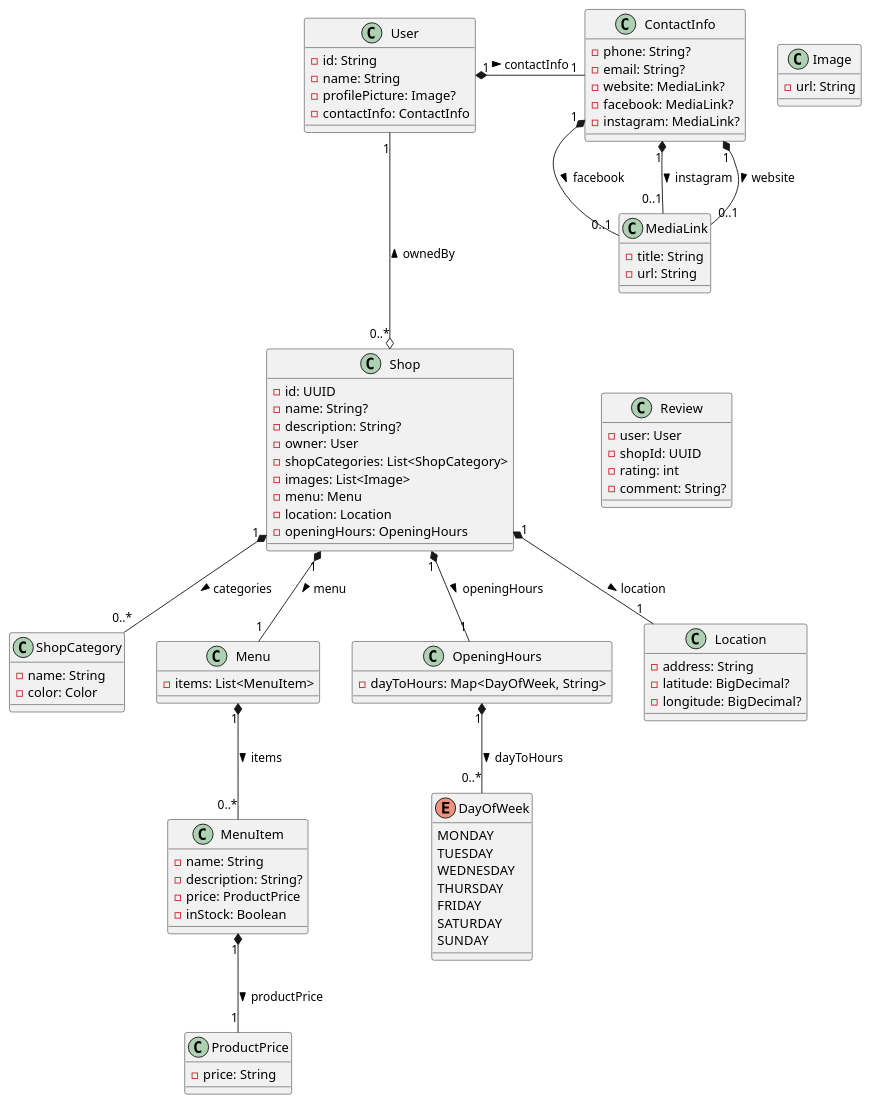
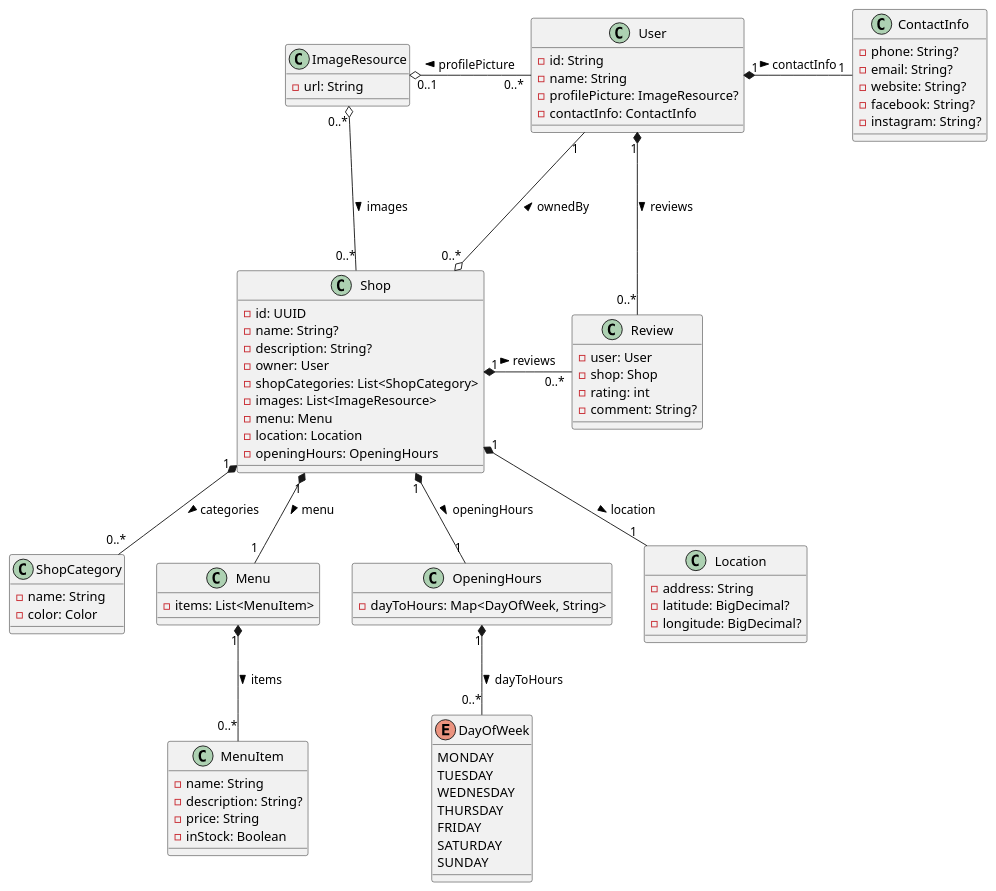
One commit to tondracek/my-farmer changed the diagram in docs/diagram/class.puml. Above: the diagram before and after it, drawn with PlantUML.

Commit message:
fix: polishing the class diagram

```diff
--- a/docs/diagram/class.puml
+++ b/docs/diagram/class.puml
@@ -1,127 +1,115 @@
 @startuml
 
 skinparam backgroundColor #FFFFFF
 
+class ImageResource {
+    - url: String
+}
+
+' ----------------------------------- '
+
 class User {
     - id: String
     - name: String
-    - profilePicture: Image?
+    - profilePicture: ImageResource?
     - contactInfo: ContactInfo
 }
+
+User "0..*" -Lo "0..1" ImageResource : profilePicture >
 
 ' ----------------------------------- '
 
 class ContactInfo {
     - phone: String?
     - email: String?
-    - website: MediaLink?
-    - facebook: MediaLink?
-    - instagram: MediaLink?
+    - website: String?
+    - facebook: String?
+    - instagram: String?
 }
 
 User "1" *- "1" ContactInfo : contactInfo >
-
-' ----------------------------------- '
-
-class MediaLink {
-    - title: String
-    - url: String
-}
-
-ContactInfo "1" *-- "0..1" MediaLink : facebook >
-ContactInfo "1" *-- "0..1" MediaLink : instagram >
-ContactInfo "1" *-- "0..1" MediaLink : website >
 
 ' ----------------------------------- '
 
 class Shop {
     - id: UUID
     - name: String?
     - description: String?
     - owner: User
     - shopCategories: List<ShopCategory>
-    - images: List<Image>
+    - images: List<ImageResource>
     - menu: Menu
     - location: Location
     - openingHours: OpeningHours
 }
 
 User "1" ---o "0..*" Shop : ownedBy <
+ImageResource "0..*" o-- "0..*" Shop : images >
 
 ' ----------------------------------- '
 
 class ShopCategory {
     - name: String
     - color: Color
 }
 
 Shop "1" *-- "0..*" ShopCategory : categories >
 
 ' ----------------------------------- '
 
 class Menu {
     - items: List<MenuItem>
 }
 
 class MenuItem {
     - name: String
     - description: String?
-    - price: ProductPrice
+    - price: String
     - inStock: Boolean
-}
-
-class ProductPrice {
-    - price: String
 }
 
 Shop "1" *-- "1" Menu : menu >
 Menu "1" *-- "0..*" MenuItem : items >
-MenuItem "1" *-- "1" ProductPrice : productPrice >
 
 ' ----------------------------------- '
 
 class OpeningHours {
     - dayToHours: Map<DayOfWeek, String>
 }
 
 enum DayOfWeek {
     MONDAY
     TUESDAY
     WEDNESDAY
     THURSDAY
     FRIDAY
     SATURDAY
     SUNDAY
 }
 
 Shop "1" *-- "1" OpeningHours : openingHours >
 OpeningHours "1" *-- "0..*" DayOfWeek : dayToHours >
 
 ' ----------------------------------- '
 
 class Location {
     - address: String
     - latitude: BigDecimal?
     - longitude: BigDecimal?
 }
 
 Shop "1" *-- "1" Location : location >
 
 ' ----------------------------------- '
 
 class Review {
     - user: User
-    - shopId: UUID
+    - shop: Shop
     - rating: int
     - comment: String?
 }
 
-Shop "1" *-[hidden] "0..*" Review : reviews >
-
-' ----------------------------------- '
-
-class Image {
-    - url: String
-}
+Shop "1" *- "0..*" Review : reviews >
+User "1" *- "0..*" Review : reviews >
 
 @enduml
```
